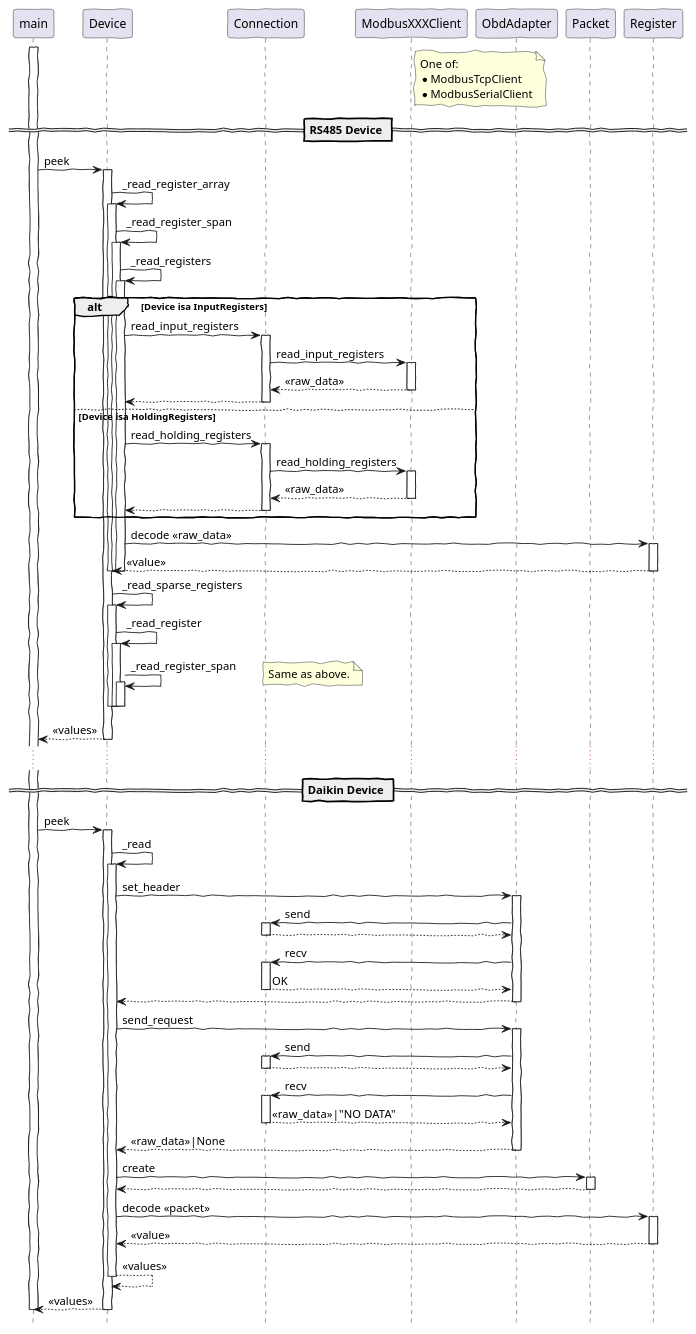
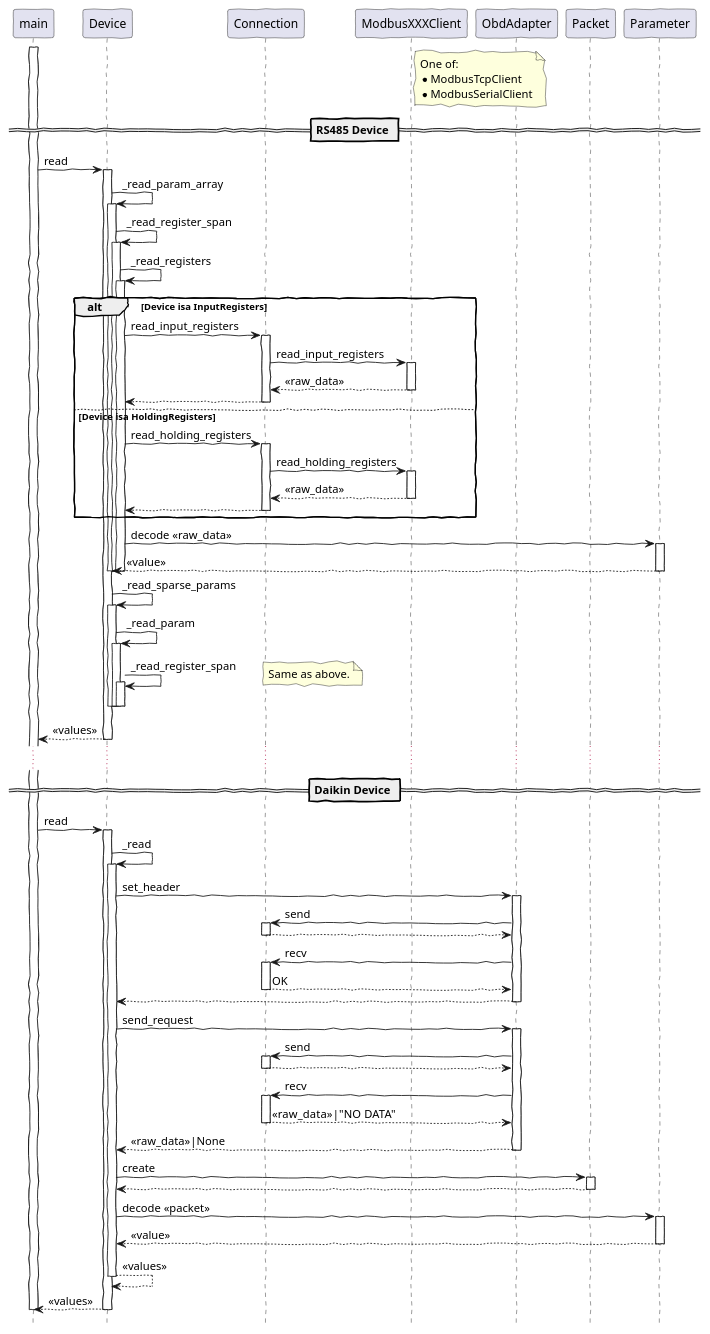
Before and after one commit to gzuliani/solarmon: the diagram in docs/software/input-device-loop.plantuml, drawn with PlantUML. The commit also changed 14 other files, not shown here.

```diff
--- a/docs/software/input-device-loop.plantuml
+++ b/docs/software/input-device-loop.plantuml
@@ -1,102 +1,102 @@
 @startuml
 skinparam handwritten true
 hide footbox
 
 participant main
 participant Device
 participant Connection
 participant ModbusXXXClient
 participant ObdAdapter
 participant Packet
-participant Register
+participant Parameter
 
 note right of ModbusXXXClient
 One of:
 * ModbusTcpClient
 * ModbusSerialClient
 end note
 
 activate main
 
 == RS485 Device ==
 
-main -> Device: peek
+main -> Device: read
 activate Device
 
-Device -> Device: _read_register_array
+Device -> Device: _read_param_array
 activate Device
 Device -> Device: _read_register_span
 activate Device
 Device -> Device: _read_registers
 activate Device
 alt Device isa InputRegisters
 Device -> Connection: read_input_registers
 activate Connection
 Connection -> ModbusXXXClient: read_input_registers
 activate ModbusXXXClient
 return <<raw_data>>
 return
 else Device isa HoldingRegisters
 Device -> Connection: read_holding_registers
 activate Connection
 Connection -> ModbusXXXClient: read_holding_registers
 activate ModbusXXXClient
 return <<raw_data>>
 return
 end
-Device -> Register: decode <<raw_data>>
-activate Register
+Device -> Parameter: decode <<raw_data>>
+activate Parameter
 return <<value>>
 deactivate Device
 deactivate Device
 deactivate Device
 
-Device -> Device: _read_sparse_registers
+Device -> Device: _read_sparse_params
 activate Device
-Device -> Device: _read_register
+Device -> Device: _read_param
 activate Device
 Device -> Device: _read_register_span
 activate Device
 note right: Same as above.
 deactivate Device
 deactivate Device
 deactivate Device
 return <<values>>
 
 ...
 
 == Daikin Device ==
 
-main -> Device: peek
+main -> Device: read
 activate Device
 Device -> Device: _read
 activate Device
 Device -> ObdAdapter: set_header
 activate ObdAdapter
 ObdAdapter -> Connection: send
 activate Connection
 return
 ObdAdapter -> Connection: recv
 activate Connection
 return OK
 return
 Device -> ObdAdapter: send_request
 activate ObdAdapter
 ObdAdapter -> Connection: send
 activate Connection
 return
 ObdAdapter -> Connection: recv
 activate Connection
 return <<raw_data>>|"NO DATA"
 return <<raw_data>>|None
 Device -> Packet: create
 activate Packet
 return
-Device -> Register: decode <<packet>>
-activate Register
+Device -> Parameter: decode <<packet>>
+activate Parameter
 return <<value>>
 return <<values>>
 return <<values>>
 
 deactivate main
 @enduml
```
